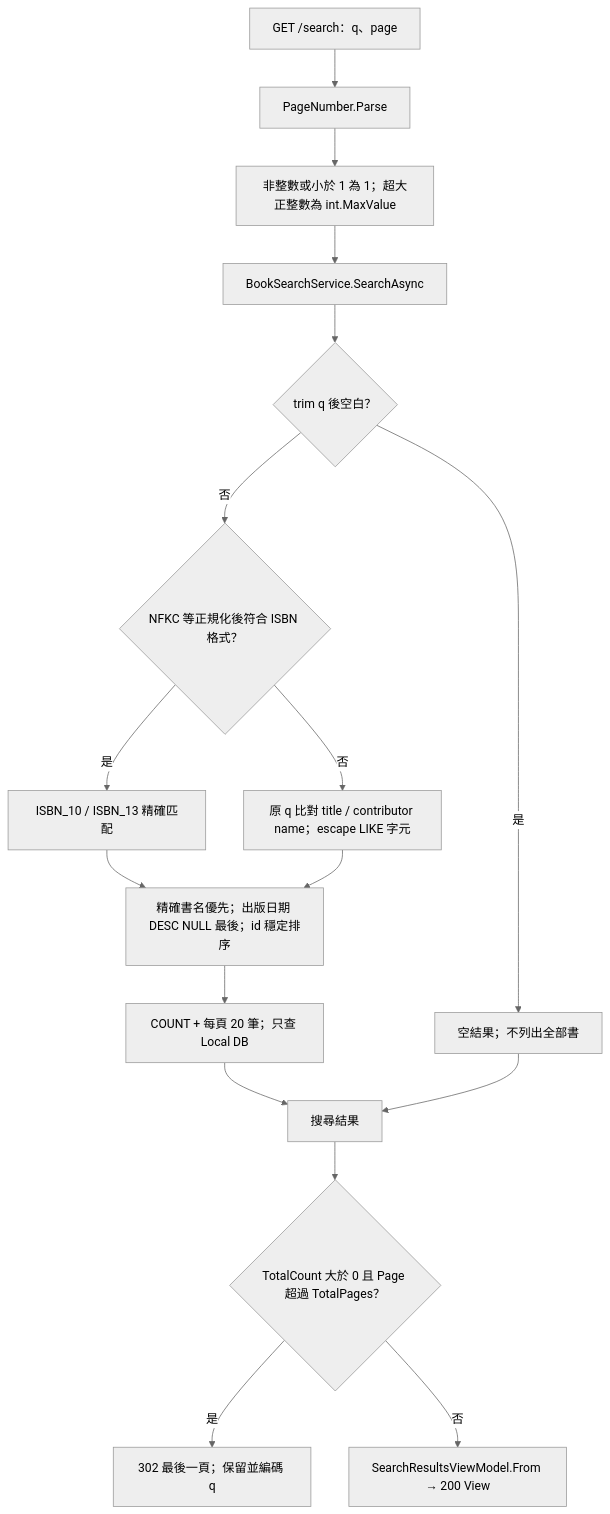
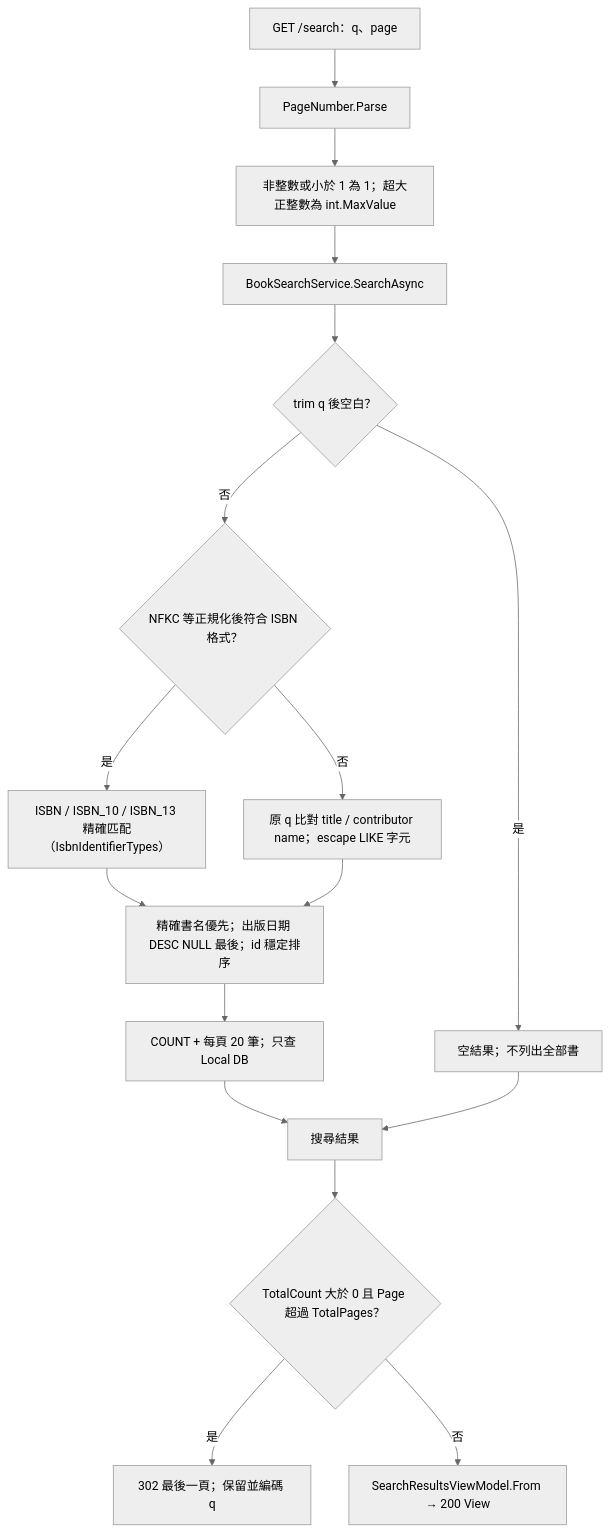
The third of 8 diagrams in Controllers/docs/workflow-diagram.md (Arthur801/Book-Finder), drawn with Mermaid (neutral theme) before and after one commit. The commit also changed 12 other files, not shown here.

````diff
--- a/Controllers/docs/workflow-diagram.md
+++ b/Controllers/docs/workflow-diagram.md
@@ -73,19 +73,19 @@
 ```mermaid
 flowchart TD
     R[GET /search：q、page] --> P[PageNumber.Parse]
     P --> PN[非整數或小於 1 為 1；超大正整數為 int.MaxValue]
     PN --> S[BookSearchService.SearchAsync]
     S --> Q{trim q 後空白？}
     Q -->|是| ZERO[空結果；不列出全部書]
     Q -->|否| ISBN{NFKC 等正規化後符合 ISBN 格式？}
-    ISBN -->|是| EXACT[ISBN_10 / ISBN_13 精確匹配]
+    ISBN -->|是| EXACT[ISBN / ISBN_10 / ISBN_13 精確匹配（IsbnIdentifierTypes）]
     ISBN -->|否| KEY[原 q 比對 title / contributor name；escape LIKE 字元]
     EXACT --> ORDER[精確書名優先；出版日期 DESC NULL 最後；id 穩定排序]
     KEY --> ORDER
     ORDER --> PAGE[COUNT + 每頁 20 筆；只查 Local DB]
     PAGE --> RESULT[搜尋結果]
     ZERO --> RESULT
     RESULT --> OVER{TotalCount 大於 0 且 Page 超過 TotalPages？}
     OVER -->|是| REDIR[302 最後一頁；保留並編碼 q]
     OVER -->|否| VIEW[SearchResultsViewModel.From → 200 View]
 ```
````
